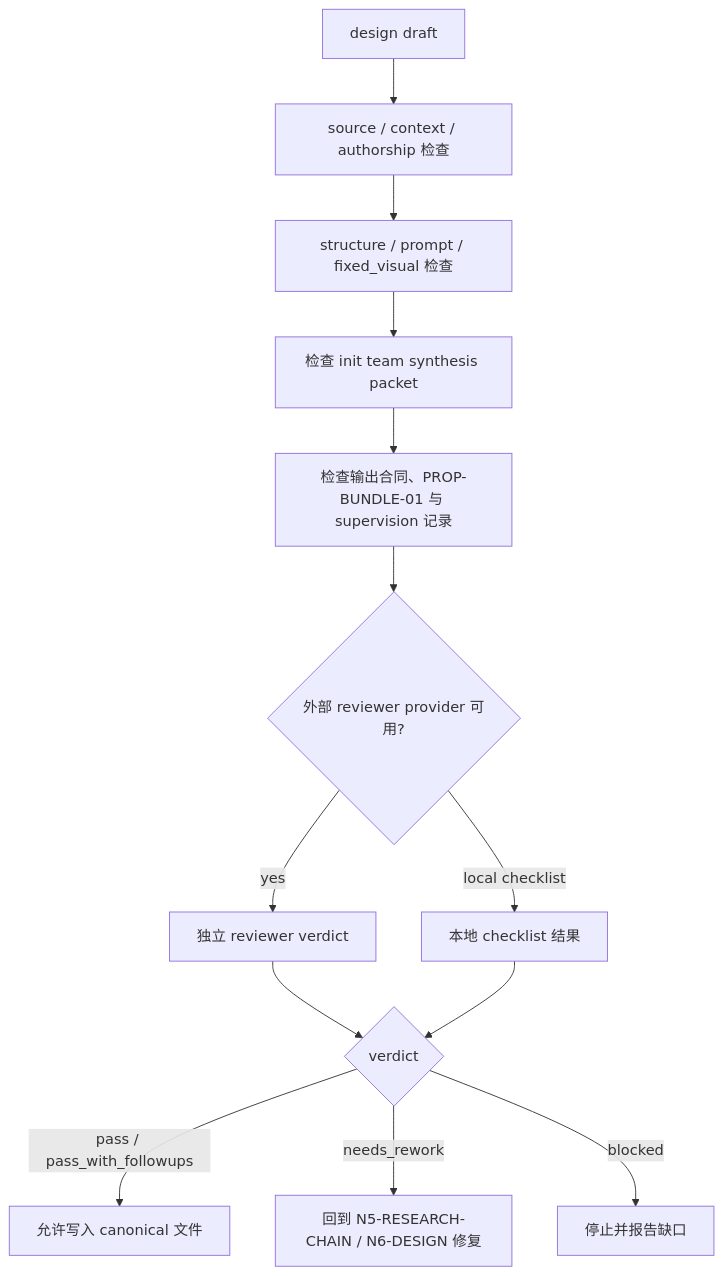
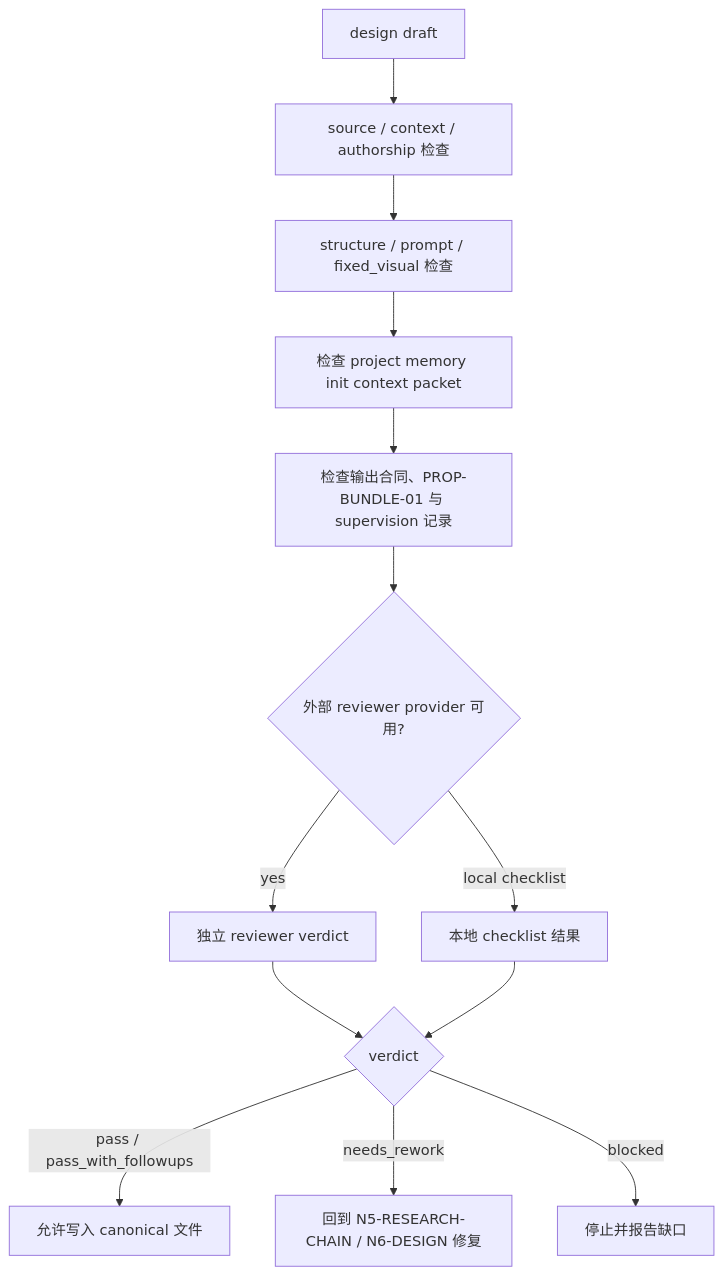
Before and after one commit to ZEN-VOID/AI-CUT: the diagram in .agents/skills/aigc/3-主体/道具/2-设计/review/review-contract.md, drawn with Mermaid. The commit also changed other lines of this file and 439 other files, not shown here.

````diff
--- a/.agents/skills/aigc/3-主体/道具/2-设计/review/review-contract.md
+++ b/.agents/skills/aigc/3-主体/道具/2-设计/review/review-contract.md
@@ -70,15 +70,15 @@
 ```mermaid
 flowchart TD
     A["design draft"] --> B["source / context / authorship 检查"]
     B --> C["structure / prompt / fixed_visual 检查"]
-    C --> A1["检查 init team synthesis packet"]
+    C --> A1["检查 project memory init context packet"]
     A1 --> A2["检查输出合同、PROP-BUNDLE-01 与 supervision 记录"]
     A2 --> D{"外部 reviewer provider 可用?"}
     D -->|"yes"| E["独立 reviewer verdict"]
     D -->|"local checklist"| F["本地 checklist 结果"]
     E --> G{"verdict"}
     F --> G
     G -->|"pass / pass_with_followups"| H["允许写入 canonical 文件"]
     G -->|"needs_rework"| I["回到 N5-RESEARCH-CHAIN / N6-DESIGN 修复"]
     G -->|"blocked"| J["停止并报告缺口"]
 ```
````
